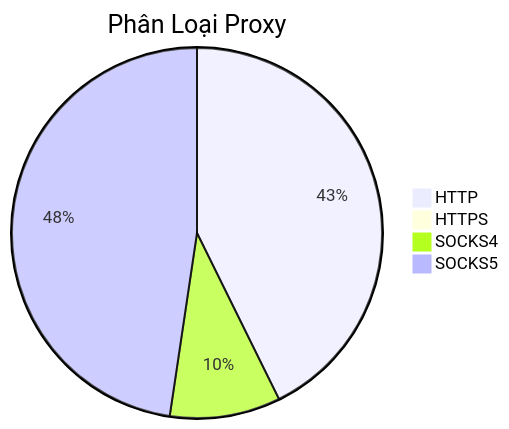
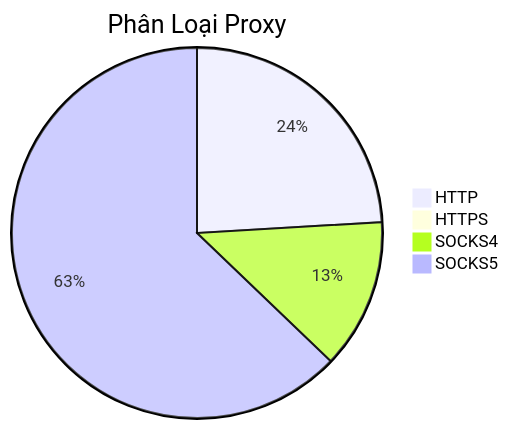
One commit to Ciara-12/PROXY-free changed the diagram in README.md. Above: the diagram before and after it, drawn with Mermaid. The commit also changed other lines of this file and 3 other files, not shown here.

````diff
--- a/README.md
+++ b/README.md
@@ -26,7 +26,7 @@
 ```mermaid
 pie title Phân Loại Proxy
-    "HTTP" : 1478
+    "HTTP" : 586
     "HTTPS" : 0
-    "SOCKS4" : 334
-    "SOCKS5" : 1649
+    "SOCKS4" : 319
+    "SOCKS5" : 1530
 ```
````
